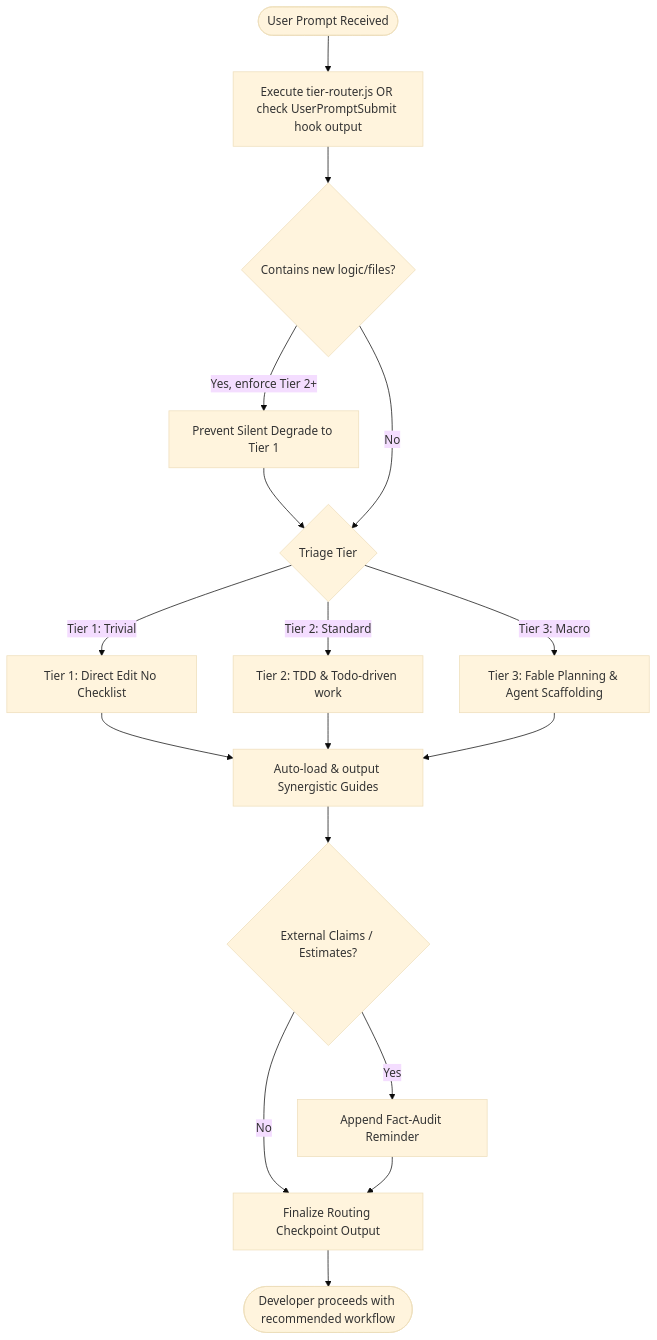
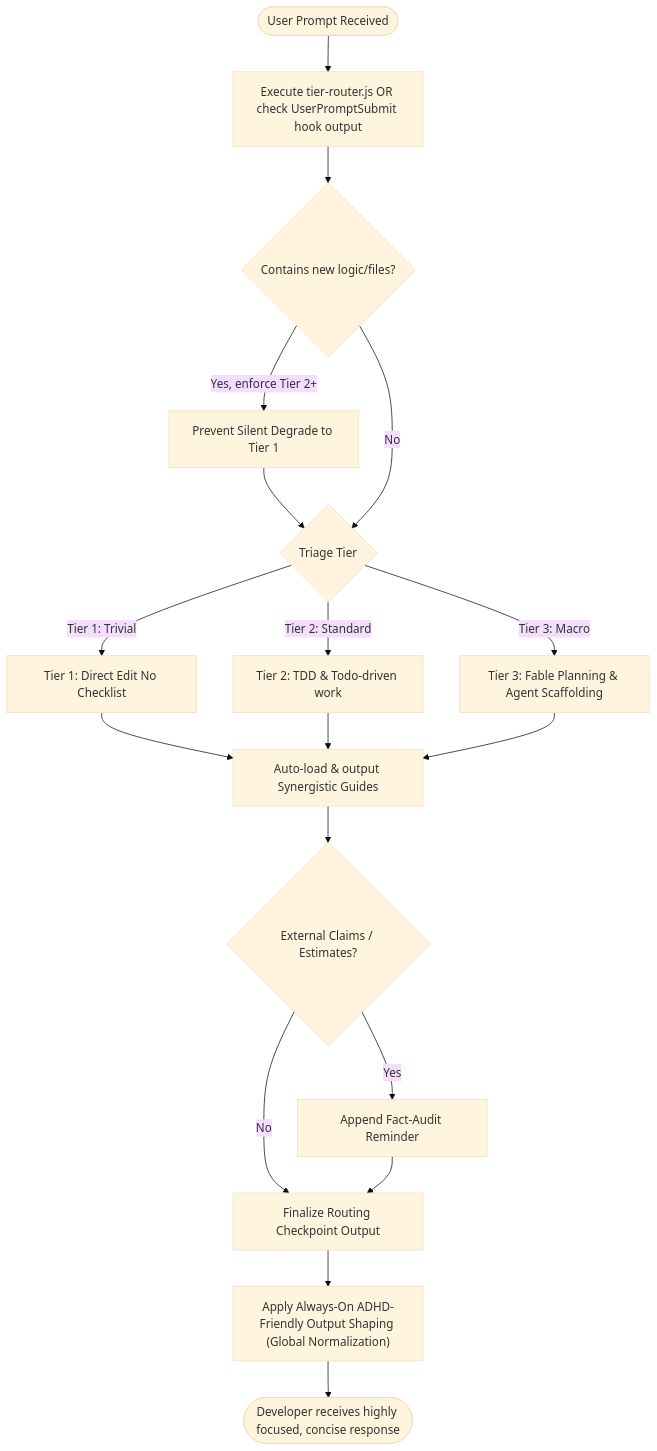
One commit to dyphn1/Harness-everything changed the first of 3 diagrams in docs/workflows/harness-everything.md. Above: the diagram before and after it, drawn with Mermaid (base theme). The commit also changed other lines of this file and 17 other files, not shown here.

````diff
--- a/docs/workflows/harness-everything.md
+++ b/docs/workflows/harness-everything.md
@@ -11,22 +11,23 @@
 ```mermaid
 graph TD
   Start([User Prompt Received]) --> ExecuteRouter["Execute tier-router.js OR check UserPromptSubmit hook output"]
   ExecuteRouter --> DetectNewFeature{Contains new logic/files?}
   DetectNewFeature -->|Yes, enforce Tier 2+| PreventDegrade["Prevent Silent Degrade to Tier 1"]
   PreventDegrade --> TriageTier
   DetectNewFeature -->|No| TriageTier{Triage Tier}
   
   TriageTier -->|Tier 1: Trivial| Tier1Route["Tier 1: Direct Edit No Checklist"]
   TriageTier -->|Tier 2: Standard| Tier2Route["Tier 2: TDD & Todo-driven work"]
   TriageTier -->|Tier 3: Macro| Tier3Route["Tier 3: Fable Planning & Agent Scaffolding"]
   
   Tier1Route --> LoadGuides["Auto-load & output Synergistic Guides"]
   Tier2Route --> LoadGuides
   Tier3Route --> LoadGuides
   
   LoadGuides --> FactCheck{External Claims / Estimates?}
   FactCheck -->|Yes| FactReminder["Append Fact-Audit Reminder"]
   FactCheck -->|No| FinalizeOutput["Finalize Routing Checkpoint Output"]
   FactReminder --> FinalizeOutput
-  FinalizeOutput --> End([Developer proceeds with recommended workflow])
+  FinalizeOutput --> Normalization["Apply Always-On ADHD-Friendly Output Shaping (Global Normalization)"]
+  Normalization --> End([Developer receives highly focused, concise response])
 ```
````
